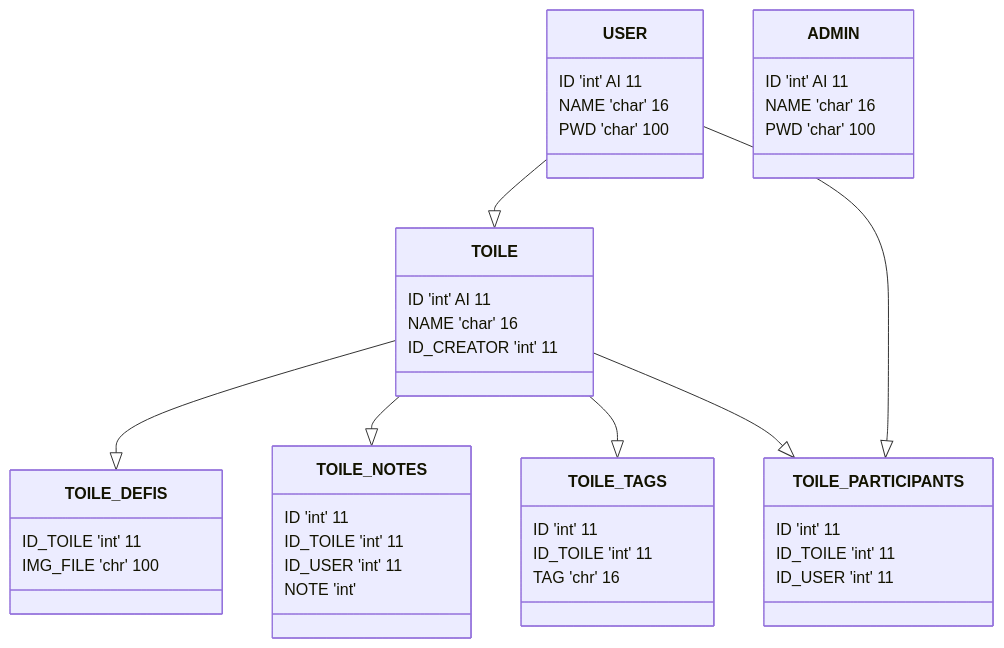
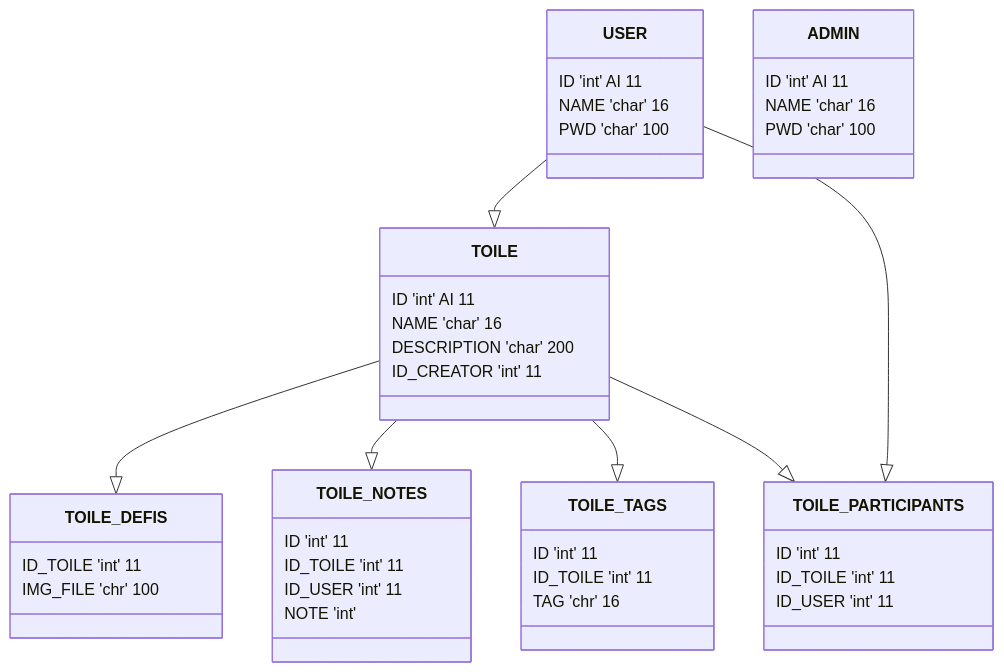
The diagram in README.md (Outoine15/CollectArt), drawn with Mermaid before and after one commit. The commit also changed 2 other files, not shown here.

Commit message:
update readme + add TODO easteregg list

````diff
--- a/README.md
+++ b/README.md
@@ -9,44 +9,46 @@
 ```mermaid
 classDiagram
     USER --|> TOILE
     TOILE --|> TOILE_DEFIS
     TOILE --|> TOILE_NOTES
     TOILE --|> TOILE_TAGS
     TOILE --|> TOILE_PARTICIPANTS
     USER --|> TOILE_PARTICIPANTS
     class ADMIN{
         ID 'int' AI 11
         NAME 'char' 16
         PWD 'char' 100
     }
     class USER{
         ID 'int' AI 11
         NAME 'char' 16
         PWD 'char' 100
     }
     class TOILE{
         ID 'int' AI 11
         NAME 'char' 16
+        DESCRIPTION 'char' 200
         ID_CREATOR 'int' 11
     }
     class TOILE_TAGS{
         ID 'int' 11
         ID_TOILE 'int' 11
         TAG 'chr' 16
     }
     class TOILE_PARTICIPANTS{
         ID 'int' 11
         ID_TOILE 'int' 11
         ID_USER 'int' 11
     }
     class TOILE_NOTES{
         ID 'int' 11
         ID_TOILE 'int' 11
         ID_USER 'int' 11
         NOTE 'int'
     }
     class TOILE_DEFIS{
         ID_TOILE 'int' 11
         IMG_FILE 'chr' 100
     }
+
 ```
````
